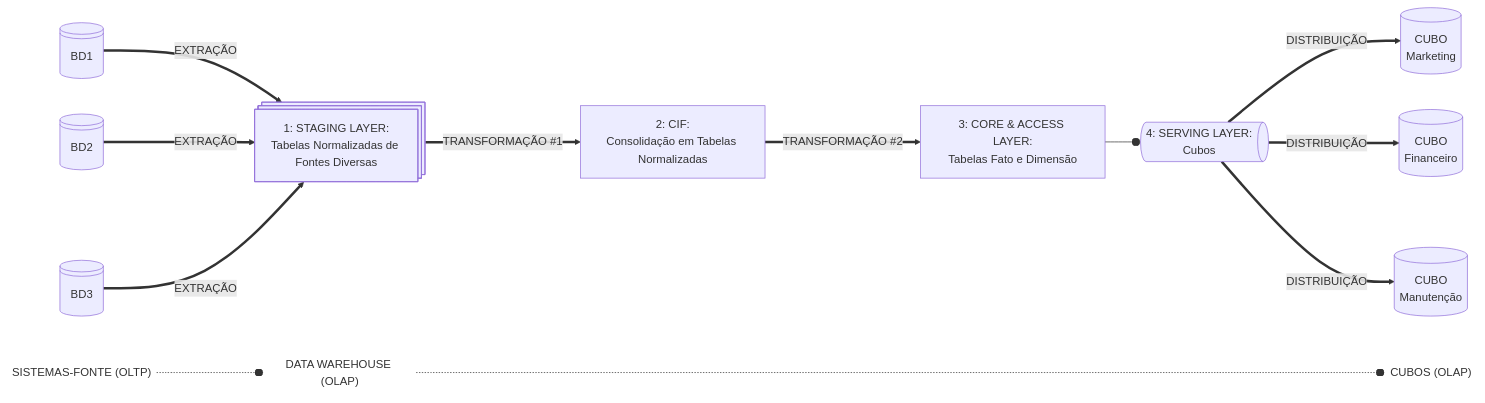
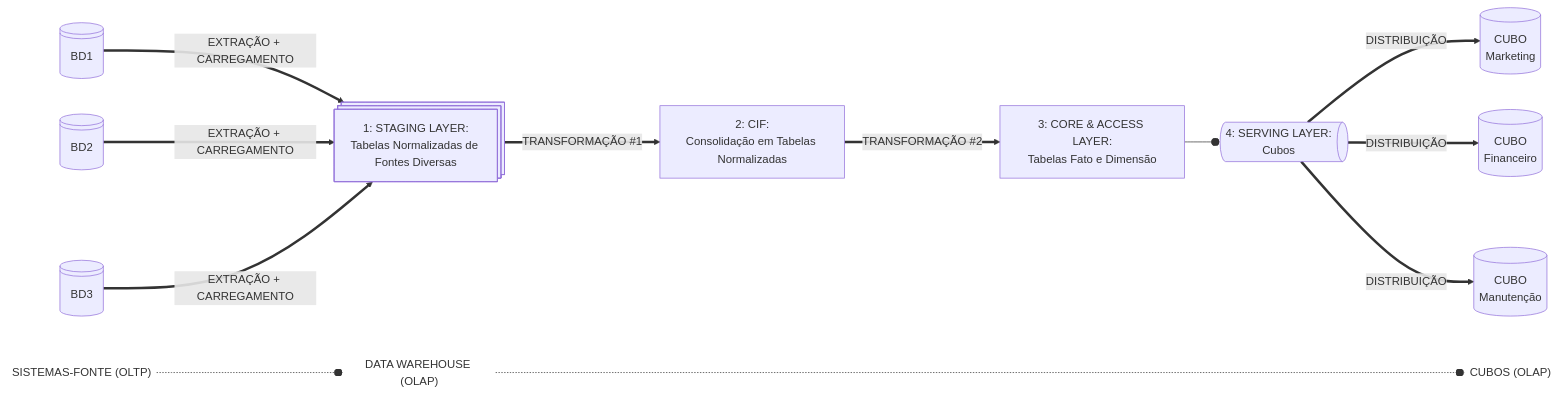
Before and after one commit to jqln-vc/compass-academy: the second of 2 diagrams in sprint2/desafio/README.md, drawn with Mermaid. The commit also changed other lines of this file and 13 other files, not shown here.

````diff
--- a/sprint2/desafio/README.md
+++ b/sprint2/desafio/README.md
@@ -260,25 +261,25 @@
 ```mermaid
 flowchart LR
     BD1@{ shape: lin-cyl}
     BD2@{ shape: lin-cyl}
     BD3@{ shape: lin-cyl}
     DW1@{ shape: st-rect, label: "1: STAGING LAYER:\n Tabelas Normalizadas de Fontes Diversas"}
     DW2@{ shape: rect, label: "2: CIF:\n Consolidação em Tabelas Normalizadas"}
     DW3@{ shape: rect, label: "3: CORE & ACCESS LAYER:\n Tabelas Fato e Dimensão"}
     DW4@{ shape: das, label: "4: SERVING LAYER:\nCubos"}
     DM1@{ shape: cyl, label: "CUBO\nMarketing"}
     DM2@{ shape: cyl, label: "CUBO\nFinanceiro"}
     DM3@{ shape: cyl, label: "CUBO\nManutenção"}
-    BD1 & BD2 & BD3 == EXTRAÇÃO ==> DW1
+    BD1 & BD2 & BD3 == EXTRAÇÃO + CARREGAMENTO ==> DW1
     DW1 == TRANSFORMAÇÃO #1 ==> DW2
     DW2 == TRANSFORMAÇÃO #2 ==> DW3
     DW3 --o DW4
     DW4 == DISTRIBUIÇÃO ==> DM1 & DM2 & DM3
     T1@{ shape: text, label: "SISTEMAS-FONTE (OLTP)"}
     T2@{ shape: text, label: "DATA WAREHOUSE (OLAP)"}
     T3@{ shape: text, label: "CUBOS (OLAP)"}
     T1 ~~~ T2
     T2 ~~~~~~ T3
     T1 -.-oT2
     T2 -.-oT3
 ```
````
